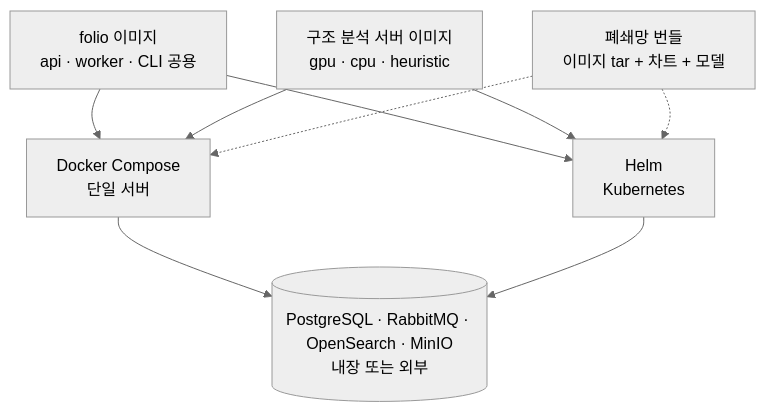
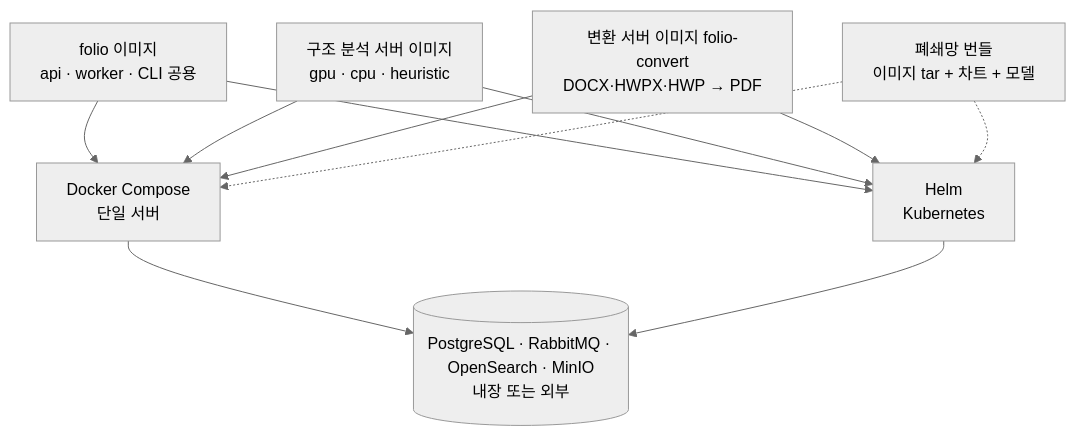
One commit to pilsu-choi/folio changed the seventh of 7 diagrams in README.md. Above: the diagram before and after it, drawn with Mermaid (neutral theme). The commit also changed other lines of this file and 5 other files, not shown here.

Commit message:
docs: FR-20 convert mode — README diagrams/status, INTERFACES, deploy/helm READMEs, PRD, wiki record

````diff
--- a/README.md
+++ b/README.md
@@ -142,13 +144,16 @@
 ```mermaid
 flowchart TB
     img["folio 이미지<br/>api · worker · CLI 공용"]
     st["구조 분석 서버 이미지<br/>gpu · cpu · heuristic"]
+    cv["변환 서버 이미지 folio-convert<br/>DOCX·HWPX·HWP → PDF"]
     img --> CP["Docker Compose<br/>단일 서버"]
     img --> HM["Helm<br/>Kubernetes"]
     st --> CP
     st --> HM
+    cv --> CP
+    cv --> HM
     CP --> INF[("PostgreSQL · RabbitMQ · OpenSearch · MinIO<br/>내장 또는 외부")]
     HM --> INF
     BD["폐쇄망 번들<br/>이미지 tar + 차트 + 모델"] -.-> CP
     BD -.-> HM
 ```
````
